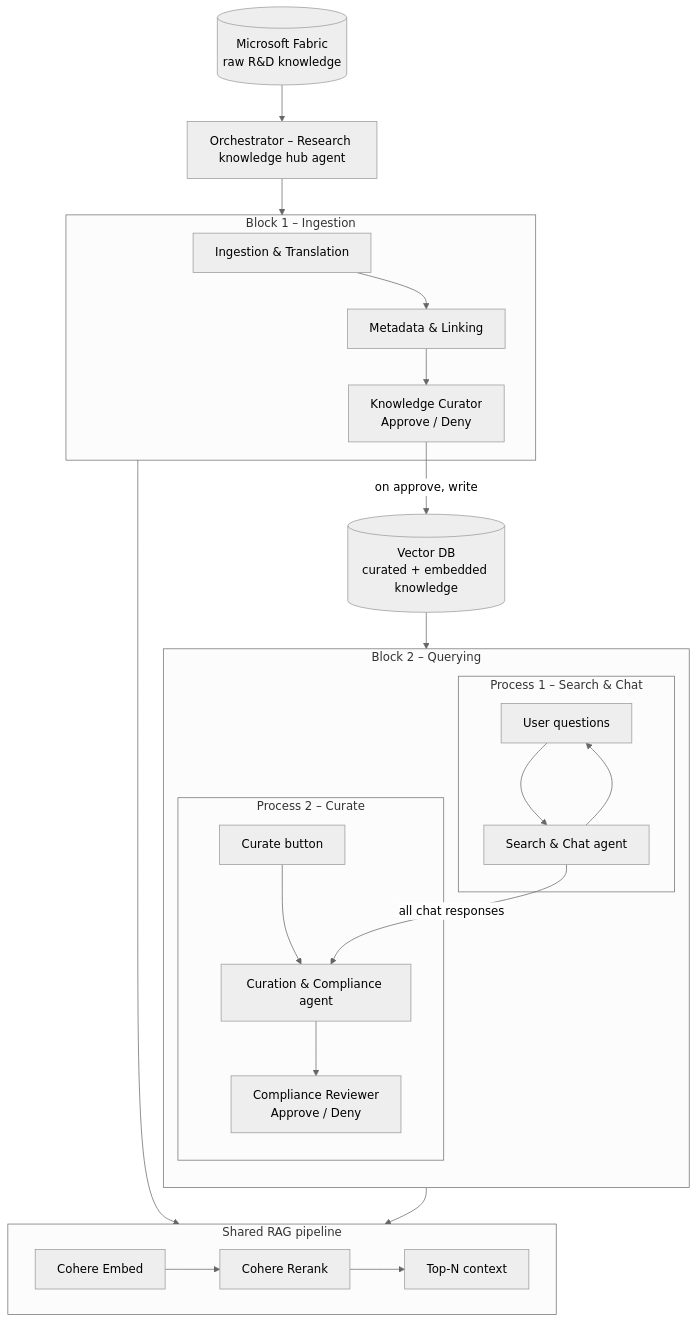
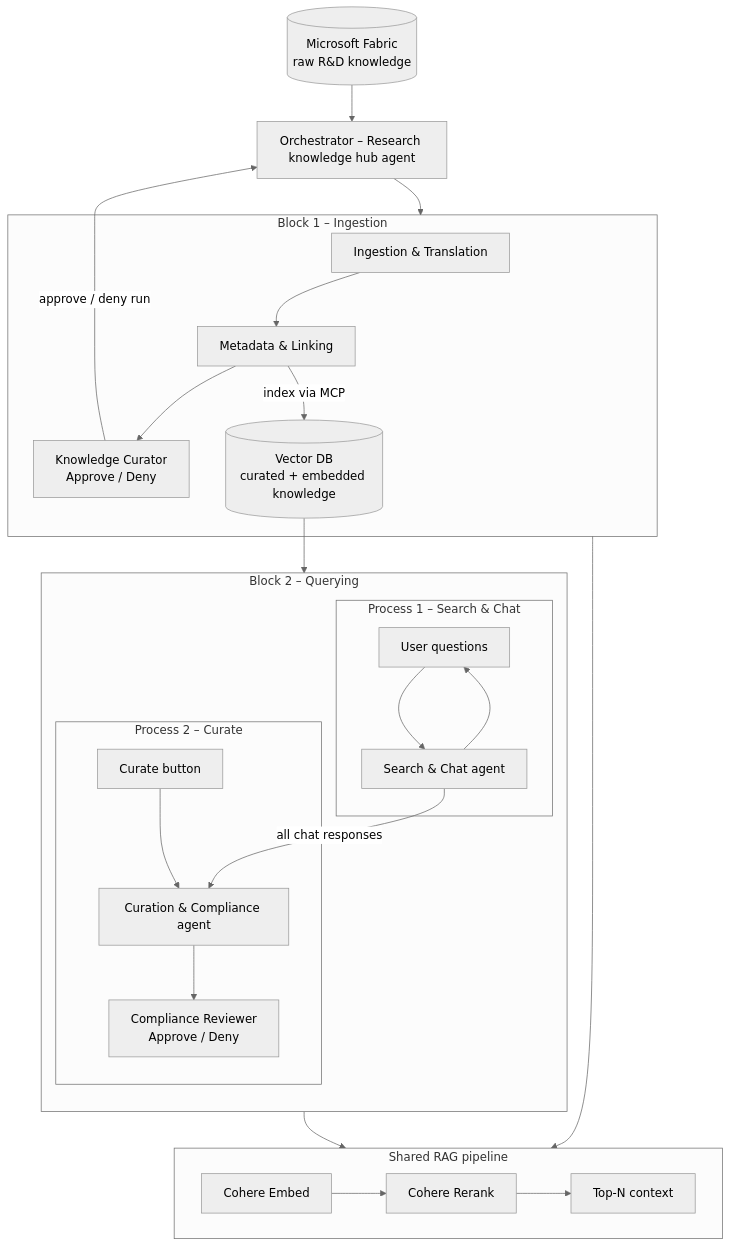
Before and after one commit to southworks/insesite-hls-agentic-rd-knowledge: the diagram in workflow-summary.md, drawn with Mermaid (neutral theme). The commit also changed other lines of this file and 76 other files, not shown here.

````diff
--- a/workflow-summary.md
+++ b/workflow-summary.md
@@ -64,44 +63,46 @@
 ```mermaid
 flowchart TB
     FAB[("Microsoft Fabric<br/>raw R&D knowledge")]
     ORCH["Orchestrator – Research knowledge hub agent"]
 
     subgraph block1 [Block 1 – Ingestion]
         ING["Ingestion & Translation"]
         META["Metadata & Linking"]
         HITL1["Knowledge Curator<br/>Approve / Deny"]
-        ING --> META --> HITL1
+        ING --> META
+        META -->|"index via MCP"| VDB
+        META --> HITL1
     end
 
     VDB[("Vector DB<br/>curated + embedded knowledge")]
 
     subgraph block2 [Block 2 – Querying]
         direction TB
         subgraph p1 [Process 1 – Search & Chat]
             SRCH["Search & Chat agent"]
             USER["User questions"]
             USER --> SRCH --> USER
         end
         subgraph p2 [Process 2 – Curate]
             CURBTN["Curate button"]
             CUR["Curation & Compliance agent"]
             HITL2["Compliance Reviewer<br/>Approve / Deny"]
             CURBTN --> CUR --> HITL2
         end
         SRCH -->|"all chat responses"| CUR
     end
 
     subgraph rag [Shared RAG pipeline]
         EMB["Cohere Embed"]
         RR["Cohere Rerank"]
         TOP["Top-N context"]
         EMB --> RR --> TOP
     end
 
     FAB --> ORCH
     ORCH --> block1
-    HITL1 -->|"on approve, write"| VDB
+    HITL1 -->|"approve / deny run"| ORCH
     VDB --> SRCH
     block1 --> rag
     block2 --> rag
 ```
````
